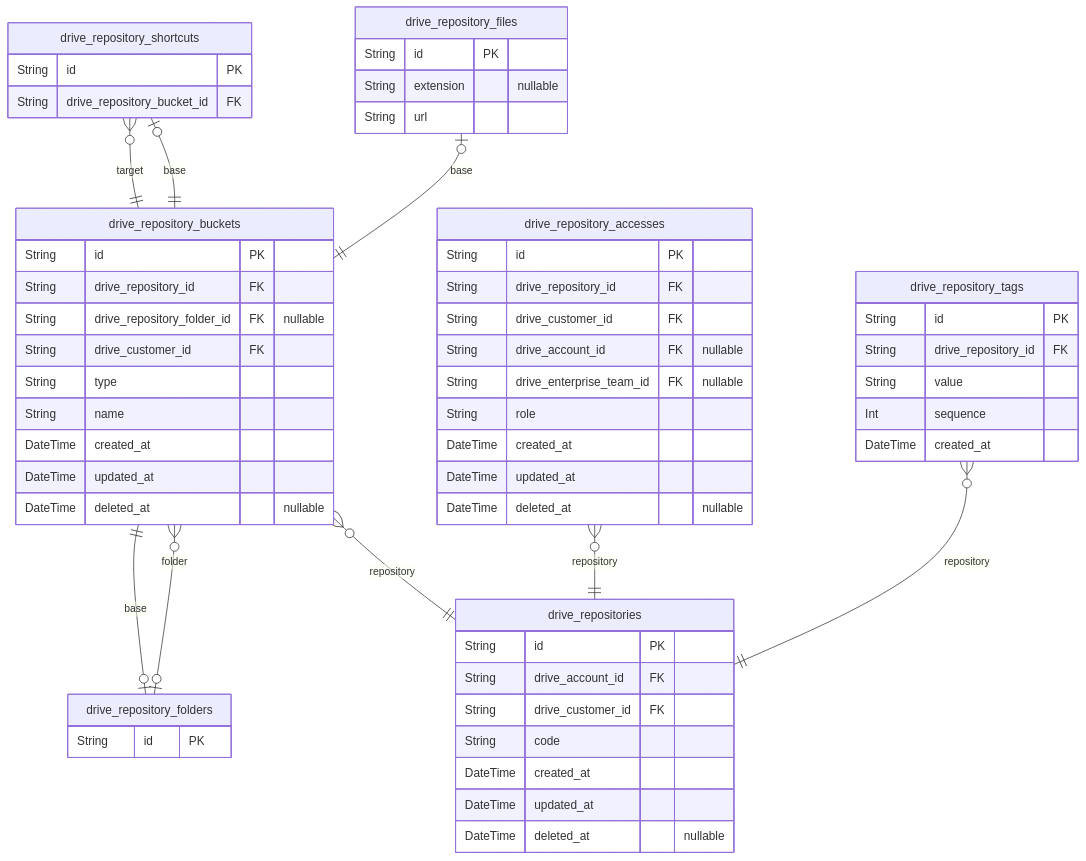
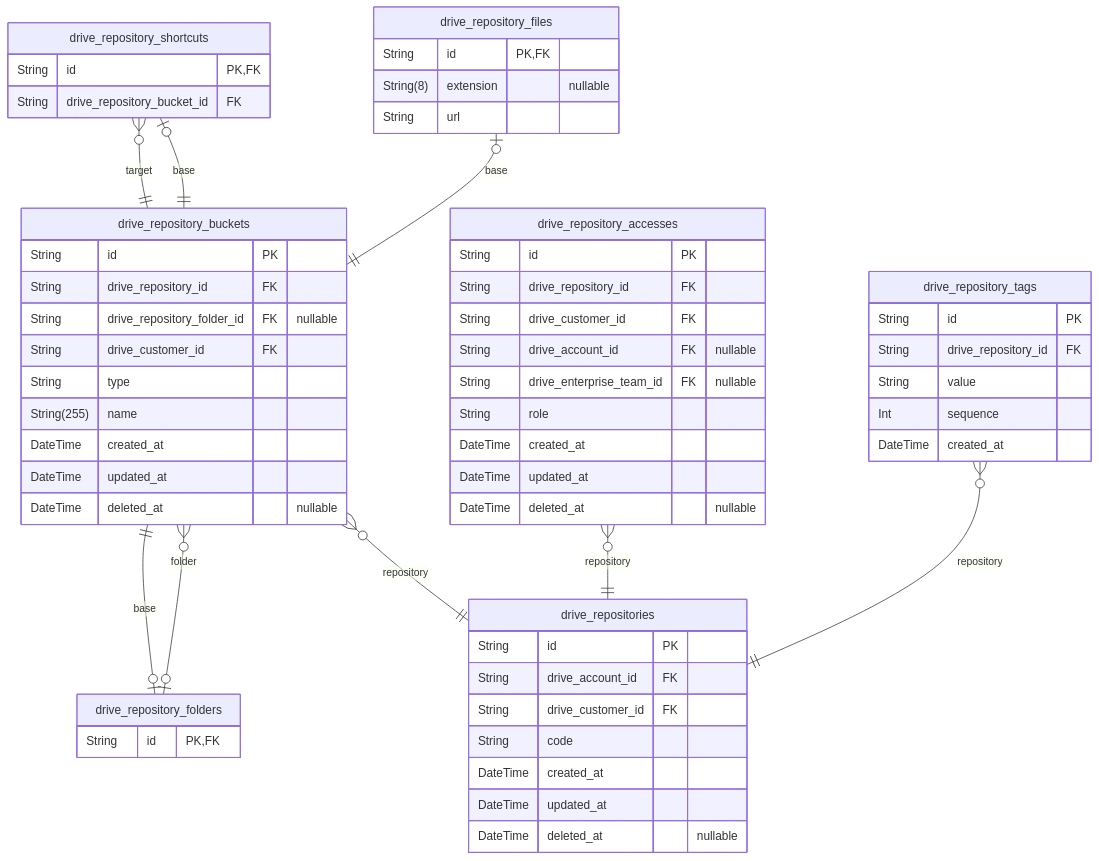
One commit to samchon/prisma-markdown changed the second of 2 diagrams in test/drive.md. Above: the diagram before and after it, drawn with Mermaid. The commit also changed 2 other files, not shown here.

Commit message:
✅ Column size notation has been added. 🐛 The constraint is changed from being displayed as one to multiple.

````diff
--- a/test/drive.md
+++ b/test/drive.md
@@ -437,61 +437,61 @@
 ```mermaid
 erDiagram
 "drive_repositories" {
   String id PK
   String drive_account_id FK
   String drive_customer_id FK
   String code
   DateTime created_at
   DateTime updated_at
   DateTime deleted_at "nullable"
 }
 "drive_repository_buckets" {
   String id PK
   String drive_repository_id FK
   String drive_repository_folder_id FK "nullable"
   String drive_customer_id FK
   String type
-  String name
+  String(255) name
   DateTime created_at
   DateTime updated_at
   DateTime deleted_at "nullable"
 }
 "drive_repository_folders" {
-  String id PK
+  String id PK,FK
 }
 "drive_repository_files" {
-  String id PK
-  String extension "nullable"
+  String id PK,FK
+  String(8) extension "nullable"
   String url
 }
 "drive_repository_shortcuts" {
-  String id PK
+  String id PK,FK
   String drive_repository_bucket_id FK
 }
 "drive_repository_accesses" {
   String id PK
   String drive_repository_id FK
   String drive_customer_id FK
   String drive_account_id FK "nullable"
   String drive_enterprise_team_id FK "nullable"
   String role
   DateTime created_at
   DateTime updated_at
   DateTime deleted_at "nullable"
 }
 "drive_repository_tags" {
   String id PK
   String drive_repository_id FK
   String value
   Int sequence
   DateTime created_at
 }
 "drive_repository_buckets" }o--|| "drive_repositories" : repository
 "drive_repository_buckets" }o--o| "drive_repository_folders" : folder
 "drive_repository_folders" |o--|| "drive_repository_buckets" : base
 "drive_repository_files" |o--|| "drive_repository_buckets" : base
 "drive_repository_shortcuts" |o--|| "drive_repository_buckets" : base
 "drive_repository_shortcuts" }o--|| "drive_repository_buckets" : target
 "drive_repository_accesses" }o--|| "drive_repositories" : repository
 "drive_repository_tags" }o--|| "drive_repositories" : repository
 ```
````
